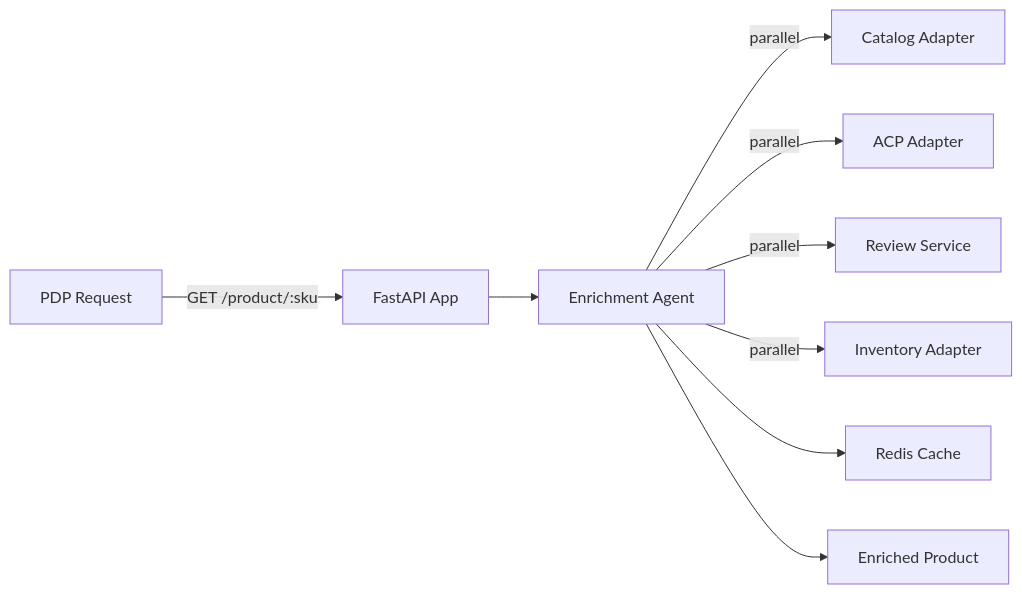
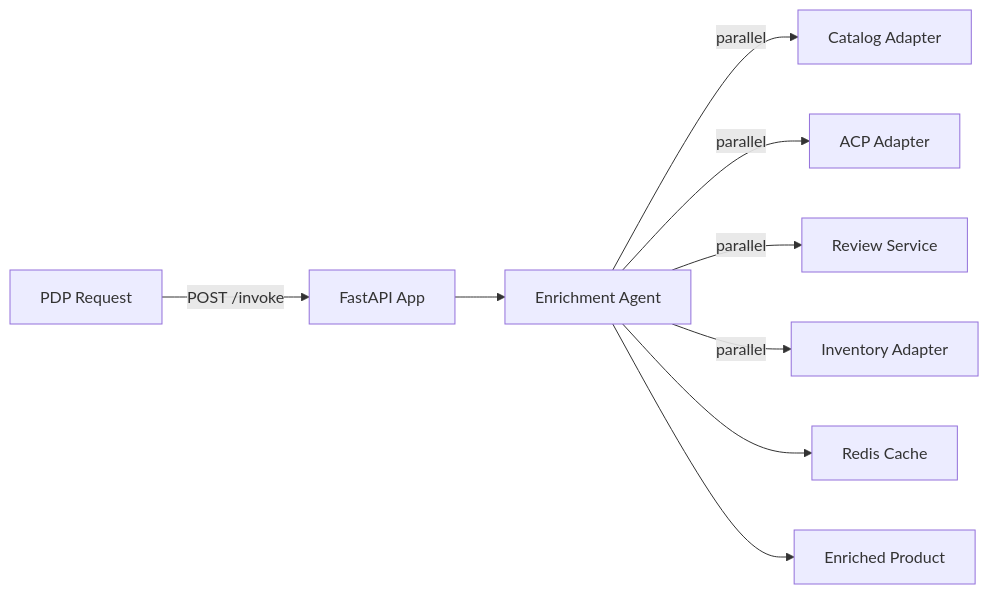
Before and after one commit to Azure-Samples/holiday-peak-hub: the diagram in docs/architecture/components/apps/ecommerce-product-detail-enrichment.md, drawn with Mermaid. The commit also changed other lines of this file and 44 other files, not shown here.

````diff
--- a/docs/architecture/components/apps/ecommerce-product-detail-enrichment.md
+++ b/docs/architecture/components/apps/ecommerce-product-detail-enrichment.md
@@ -13,11 +13,11 @@
 ```mermaid
 graph LR
-    Client[PDP Request] -->|GET /product/:sku| API[FastAPI App]
+    Client[PDP Request] -->|POST /invoke| API[FastAPI App]
     API --> Agent[Enrichment Agent]
     Agent -->|parallel| Catalog[Catalog Adapter]
     Agent -->|parallel| ACP[ACP Adapter]
     Agent -->|parallel| Review[Review Service]
     Agent -->|parallel| Inventory[Inventory Adapter]
     Agent --> Cache[Redis Cache]
     Agent --> Response[Enriched Product]
 ```
````
